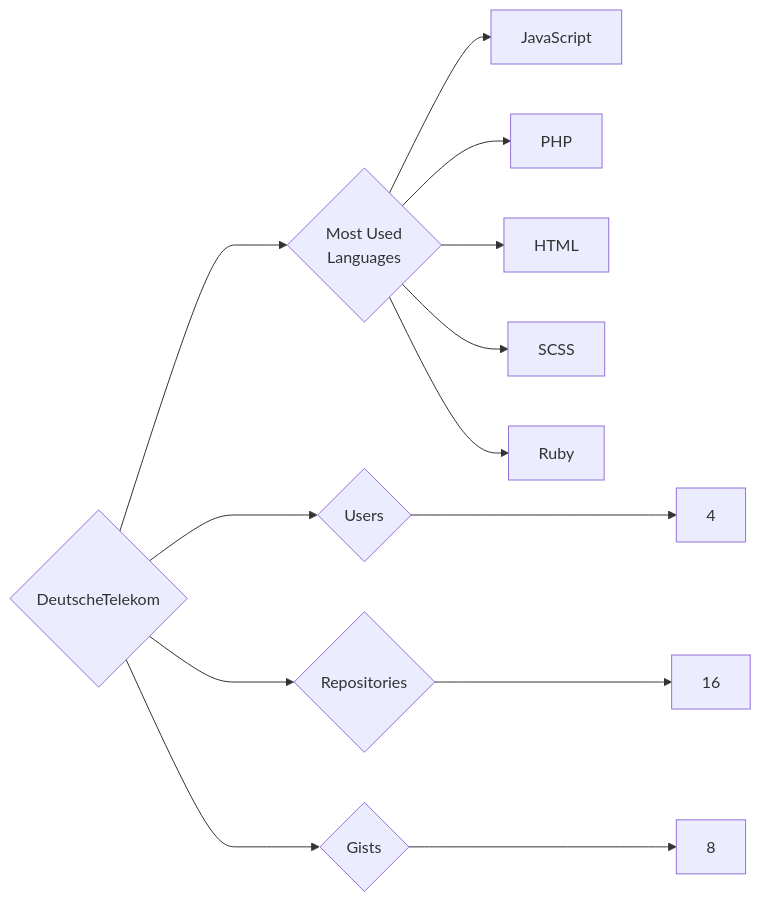
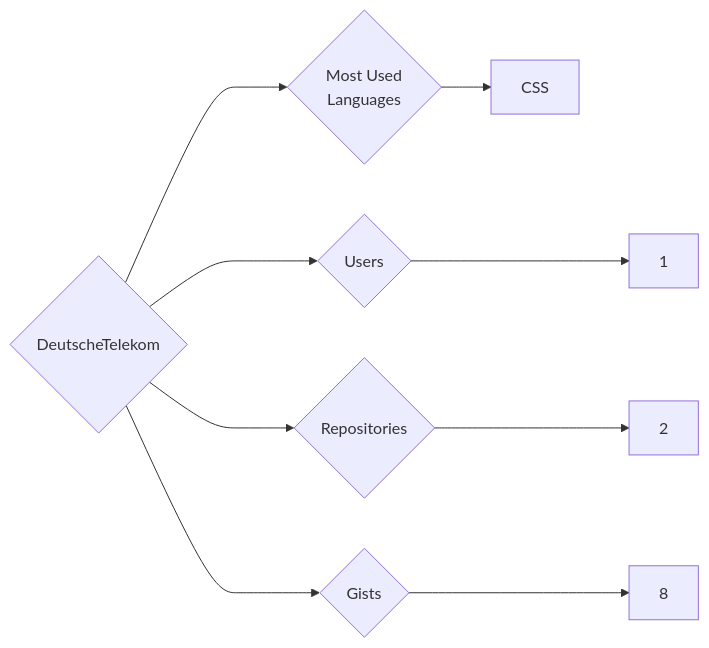
One commit to trickest/insiders changed the diagram in targets/DeutscheTelekom/README.md. Above: the diagram before and after it, drawn with Mermaid. The commit also changed 724 other files, not shown here.

````diff
--- a/targets/DeutscheTelekom/README.md
+++ b/targets/DeutscheTelekom/README.md
@@ -3,13 +3,9 @@
 ```mermaid
 graph LR
 COMPANY_NAME{DeutscheTelekom}
-COMPANY_NAME ---> U{Users} ---> UN[4]
-COMPANY_NAME ---> R{Repositories} ---> RN[16]
+COMPANY_NAME ---> U{Users} ---> UN[1]
+COMPANY_NAME ---> R{Repositories} ---> RN[2]
 COMPANY_NAME ---> G{Gists} ---> GN[8]
 COMPANY_NAME ---> ML{Most Used<br>Languages}
-ML --> JavaScript[JavaScript]
-ML --> PHP[PHP]
-ML --> HTML[HTML]
-ML --> SCSS[SCSS]
-ML --> Ruby[Ruby]
+ML --> CSS[CSS]
 ```
````
